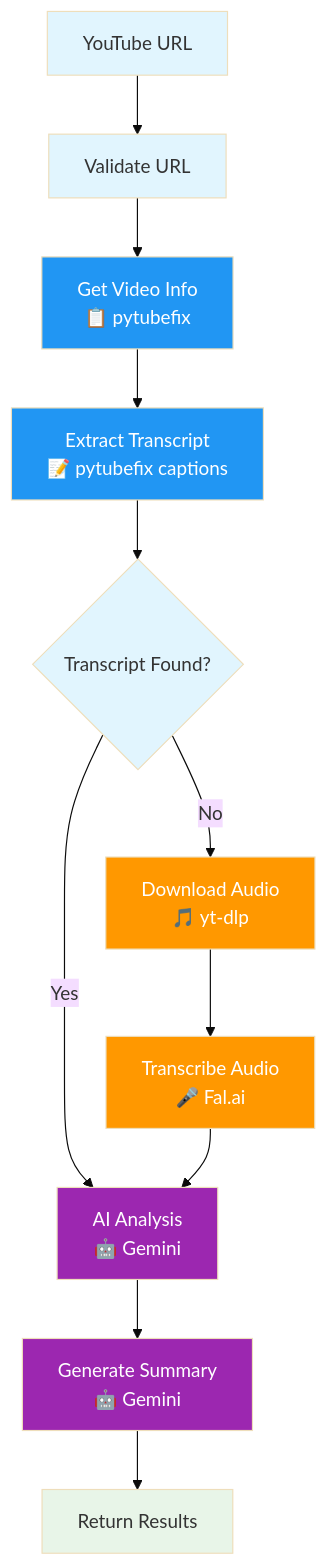
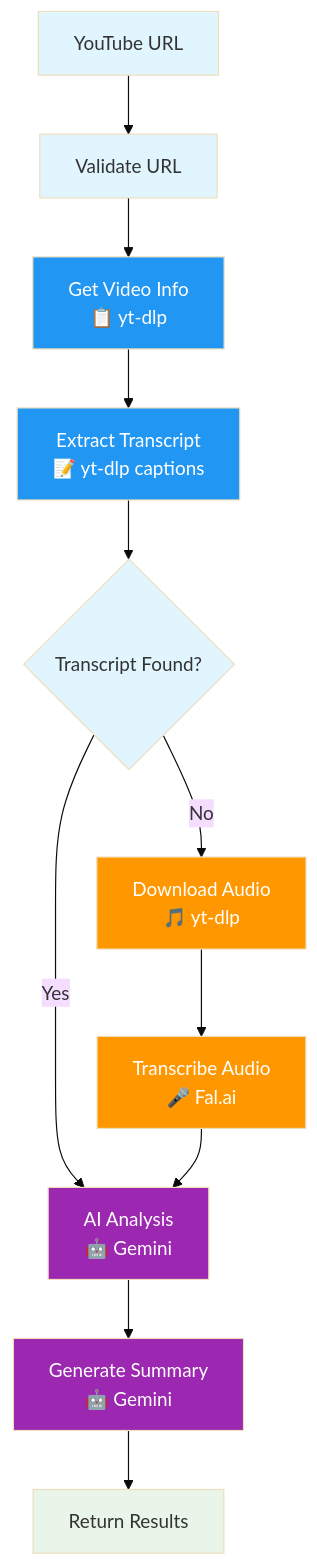
One commit to teron131/youtube-summarizer changed the diagram in README.md. Above: the diagram before and after it, drawn with Mermaid (base theme). The commit also changed other lines of this file and 4 other files, not shown here.

````diff
--- a/README.md
+++ b/README.md
@@ -17,24 +17,24 @@
 ```mermaid
 graph TD
     A[YouTube URL] --> B[Validate URL]
-    B --> C[Get Video Info<br/>📋 pytubefix]
-    C --> D[Extract Transcript<br/>📝 pytubefix captions]
+    B --> C[Get Video Info<br/>📋 yt-dlp]
+    C --> D[Extract Transcript<br/>📝 yt-dlp captions]
     D --> E{Transcript Found?}
     E -->|Yes| F[AI Analysis<br/>🤖 Gemini]
     E -->|No| G[Download Audio<br/>🎵 yt-dlp]
     G --> H[Transcribe Audio<br/>🎤 Fal.ai]
     H --> F
     F --> I[Generate Summary<br/>🤖 Gemini]
     I --> J[Return Results]
     
     style A fill:#e1f5fe
     style B fill:#e1f5fe
     style C fill:#2196F3,color:#fff
     style D fill:#2196F3,color:#fff
     style E fill:#e1f5fe
     style G fill:#FF9800,color:#fff
     style H fill:#FF9800,color:#fff
     style F fill:#9C27B0,color:#fff
     style I fill:#9C27B0,color:#fff
     style J fill:#e8f5e8
 ```
````
